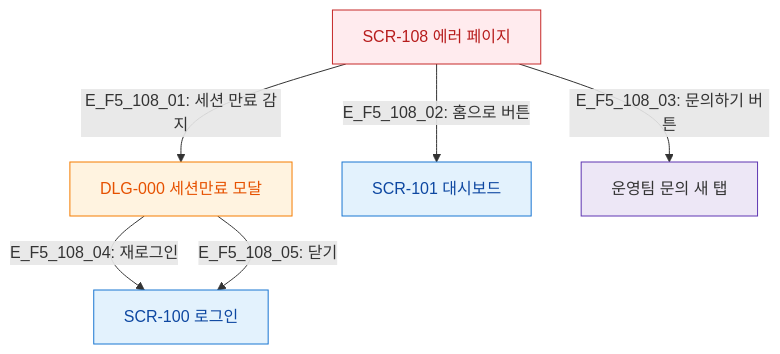
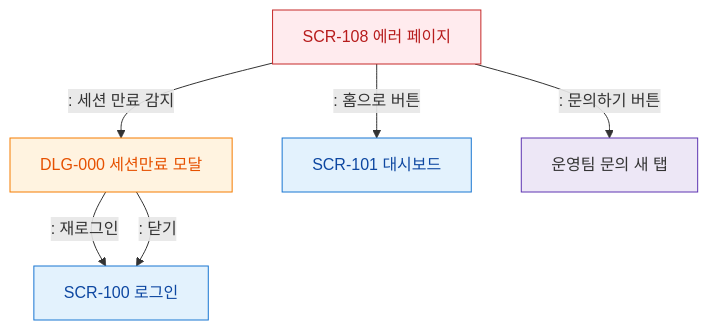
One commit to dev-spogym/admin-pando changed the diagram in docs/다이어그램/D01_공통/SCR-108_에러페이지/F5_모달트리거.md. Above: the diagram before and after it, drawn with Mermaid. The commit also changed other lines of this file and 1660 other files, not shown here.

First line of the commit message:
다이어그램: 기획자/클라이언트 납품본으로 정리

````diff
--- a/docs/다이어그램/D01_공통/SCR-108_에러페이지/F5_모달트리거.md
+++ b/docs/다이어그램/D01_공통/SCR-108_에러페이지/F5_모달트리거.md
@@ -19,20 +17,20 @@
 ```mermaid
 flowchart TD
     SCR_108[SCR-108 에러 페이지]
 
-    SCR_108 -->|"E_F5_108_01: 세션 만료 감지"| DLG_000[DLG-000 세션만료 모달]
-    SCR_108 -->|"E_F5_108_02: 홈으로 버튼"| NAV_HOME[SCR-101 대시보드]
-    SCR_108 -->|"E_F5_108_03: 문의하기 버튼"| SUPPORT_TAB[운영팀 문의 새 탭]
+    SCR_108 -->|": 세션 만료 감지"|DLG_000[DLG-000 세션만료 모달]
+    SCR_108 -->|": 홈으로 버튼"|NAV_HOME[SCR-101 대시보드]
+    SCR_108 -->|": 문의하기 버튼"|SUPPORT_TAB[운영팀 문의 새 탭]
 
-    DLG_000 -->|"E_F5_108_04: 재로그인"| SCR_100[SCR-100 로그인]
-    DLG_000 -->|"E_F5_108_05: 닫기"| SCR_100
+    DLG_000 -->|": 재로그인"|SCR_100[SCR-100 로그인]
+    DLG_000 -->|": 닫기"|SCR_100
 
-    classDef screen  fill:#E3F2FD,stroke:#1976D2,color:#0D47A1
-    classDef modal   fill:#FFF3E0,stroke:#F57C00,color:#E65100
-    classDef error   fill:#FFEBEE,stroke:#C62828,color:#B71C1C
-    classDef system  fill:#EDE7F6,stroke:#5E35B2
+    classDef screen fill:#E3F2FD,stroke:#1976D2,color:#0D47A1
+    classDef modal fill:#FFF3E0,stroke:#F57C00,color:#E65100
+    classDef error fill:#FFEBEE,stroke:#C62828,color:#B71C1C
+    classDef system fill:#EDE7F6,stroke:#5E35B2
     class SCR_108 error
     class NAV_HOME,SCR_100 screen
     class DLG_000 modal
     class SUPPORT_TAB system
 ```
````
